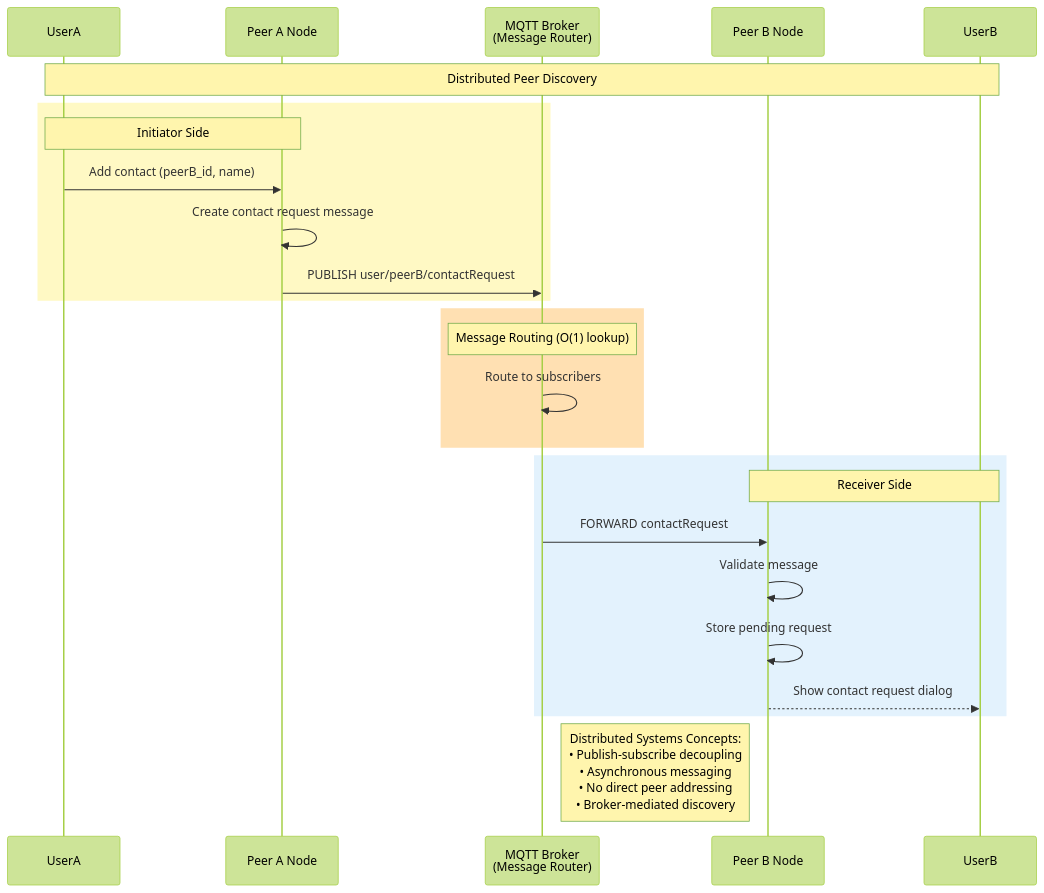
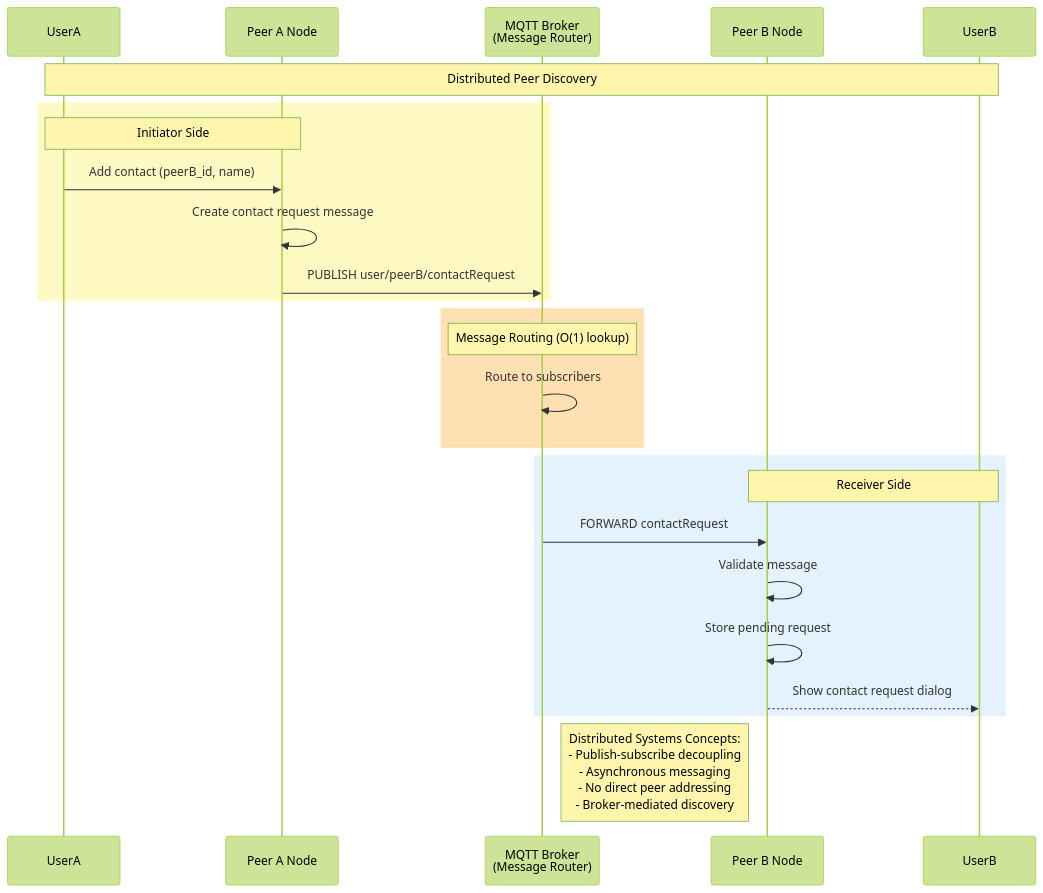
Before and after one commit to amr-kasem/distributed-systems-react-chat-peer: the second of 8 diagrams in docs/sequence-diagrams.md, drawn with Mermaid (forest theme). The commit also changed other lines of this file and 5 other files, not shown here.

Commit message:
solved issues with diagrams

````diff
--- a/docs/sequence-diagrams.md
+++ b/docs/sequence-diagrams.md
@@ -60,32 +60,32 @@
 ```mermaid
 sequenceDiagram
     participant UserA
     participant PeerA as Peer A Node
     participant Broker as MQTT Broker<br/>(Message Router)
     participant PeerB as Peer B Node
     participant UserB
     
     Note over UserA,UserB: Distributed Peer Discovery
     
     rect rgb(255, 249, 196)
         Note over UserA,PeerA: Initiator Side
         UserA->>PeerA: Add contact (peerB_id, name)
         PeerA->>PeerA: Create contact request message
         PeerA->>Broker: PUBLISH user/peerB/contactRequest
     end
     
     rect rgb(255, 224, 178)
         Note over Broker: Message Routing (O(1) lookup)
         Broker->>Broker: Route to subscribers
     end
     
     rect rgb(227, 242, 253)
         Note over PeerB,UserB: Receiver Side
         Broker->>PeerB: FORWARD contactRequest
         PeerB->>PeerB: Validate message
         PeerB->>PeerB: Store pending request
         PeerB-->>UserB: Show contact request dialog
     end
     
-    Note right of Broker: Distributed Systems Concepts:<br/>• Publish-subscribe decoupling<br/>• Asynchronous messaging<br/>• No direct peer addressing<br/>• Broker-mediated discovery
+    Note right of Broker: Distributed Systems Concepts:<br/>- Publish-subscribe decoupling<br/>- Asynchronous messaging<br/>- No direct peer addressing<br/>- Broker-mediated discovery
 ```
````
